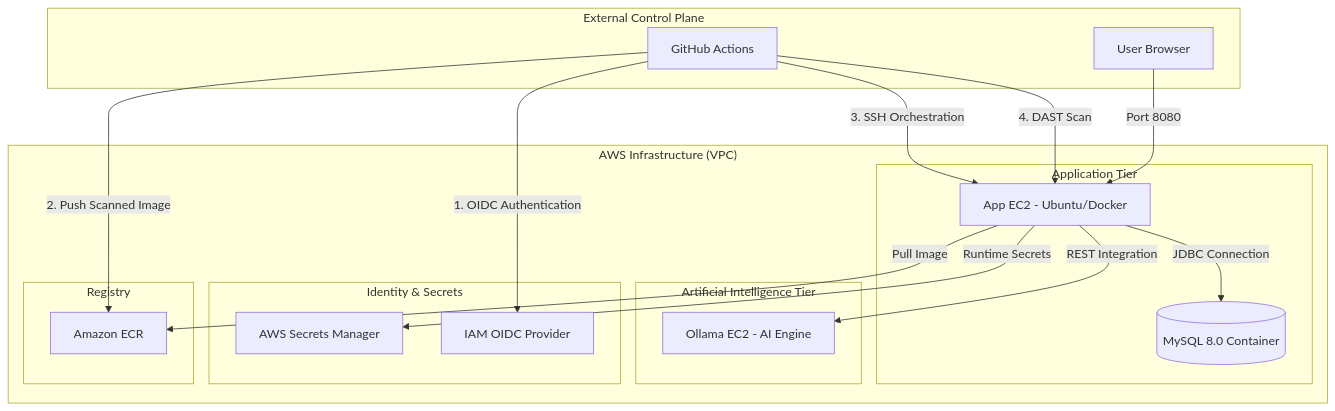
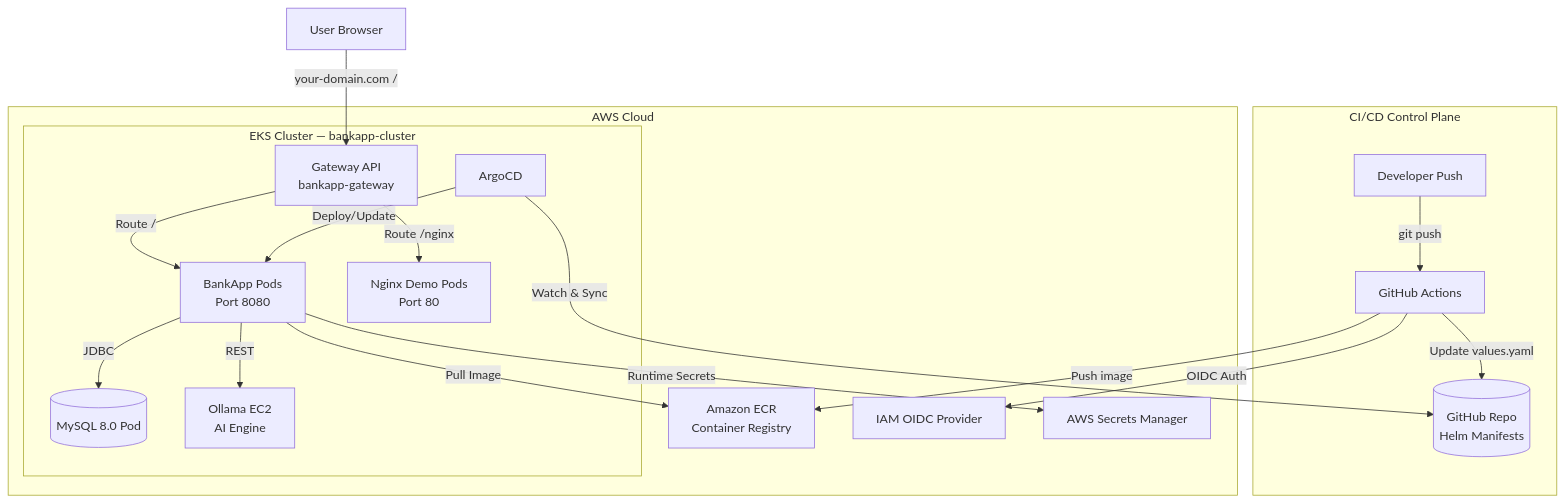
Before and after one commit to Amitabh-DevOps/DevSecOps-Bankapp: the diagram in README.md, drawn with Mermaid. The commit also changed other lines of this file and 17 other files, not shown here.

Commit message:
setup EKS,argocd,helm,gateway-api,tls

````diff
--- a/README.md
+++ b/README.md
@@ -22,38 +23,41 @@
 ```mermaid
 graph TD
-    subgraph "External Control Plane"
+    subgraph "CI/CD Control Plane"
+        DEV[Developer Push]
         GH[GitHub Actions]
-        User[User Browser]
+        REPO[(GitHub Repo\nHelm Manifests)]
     end
 
-    subgraph "AWS Infrastructure (VPC)"
-        subgraph "Application Tier"
-            AppEC2[App EC2 - Ubuntu/Docker]
-            DB[(MySQL 8.0 Container)]
+    subgraph "AWS Cloud"
+        ECR[Amazon ECR\nContainer Registry]
+        OIDC[IAM OIDC Provider]
+
+        subgraph "EKS Cluster — bankapp-cluster"
+            ARGO[ArgoCD]
+            GW[Gateway API\nbankapp-gateway]
+            APP[BankApp Pods\nPort 8080]
+            NGX[Nginx Demo Pods\nPort 80]
+            DB[(MySQL 8.0 Pod)]
+            OLLAMA_SVC[Ollama EC2\nAI Engine]
         end
 
-        subgraph "Artificial Intelligence Tier"
-            Ollama[Ollama EC2 - AI Engine]
-        end
-
-        subgraph "Identity & Secrets"
-            Secrets[AWS Secrets Manager]
-            OIDC[IAM OIDC Provider]
-        end
-
-        subgraph "Registry"
-            ECR[Amazon ECR]
-        end
+        SM[AWS Secrets Manager]
     end
 
-    GH -->|1. OIDC Authentication| OIDC
-    GH -->|2. Push Scanned Image| ECR
-    GH -->|3. SSH Orchestration| AppEC2
-    GH -->|4. DAST Scan| AppEC2
-    
-    User -->|Port 8080| AppEC2
-    AppEC2 -->|JDBC Connection| DB
-    AppEC2 -->|REST Integration| Ollama
-    AppEC2 -->|Runtime Secrets| Secrets
-    AppEC2 -->|Pull Image| ECR
+    DEV -->|git push| GH
+    GH -->|OIDC Auth| OIDC
+    GH -->|Push image| ECR
+    GH -->|Update values.yaml| REPO
+
+    ARGO -->|Watch & Sync| REPO
+    ARGO -->|Deploy/Update| APP
+
+    USER[User Browser] -->|your-domain.com /| GW
+    GW -->|Route /| APP
+    GW -->|Route /nginx| NGX
+
+    APP -->|Pull Image| ECR
+    APP -->|JDBC| DB
+    APP -->|REST| OLLAMA_SVC
+    APP -->|Runtime Secrets| SM
 ```
````
